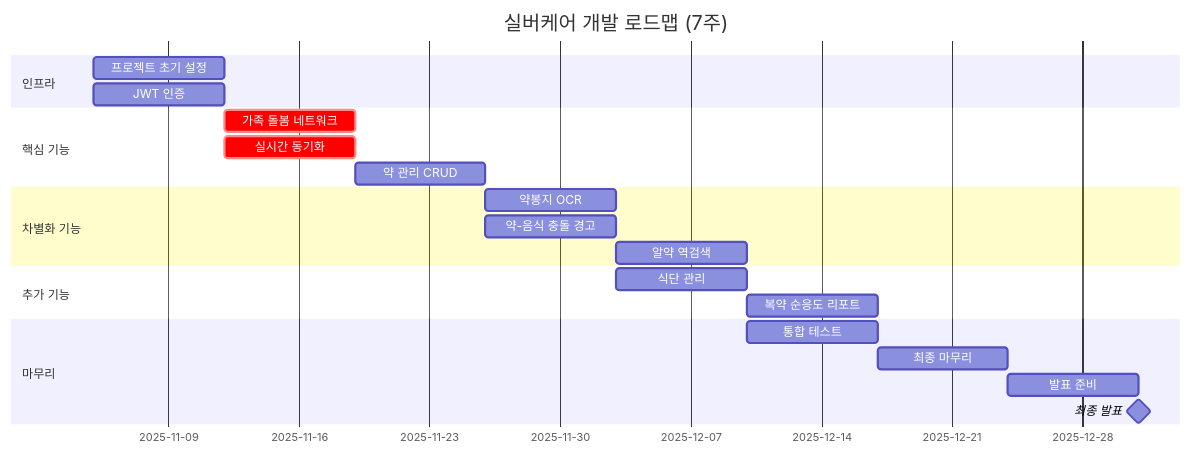
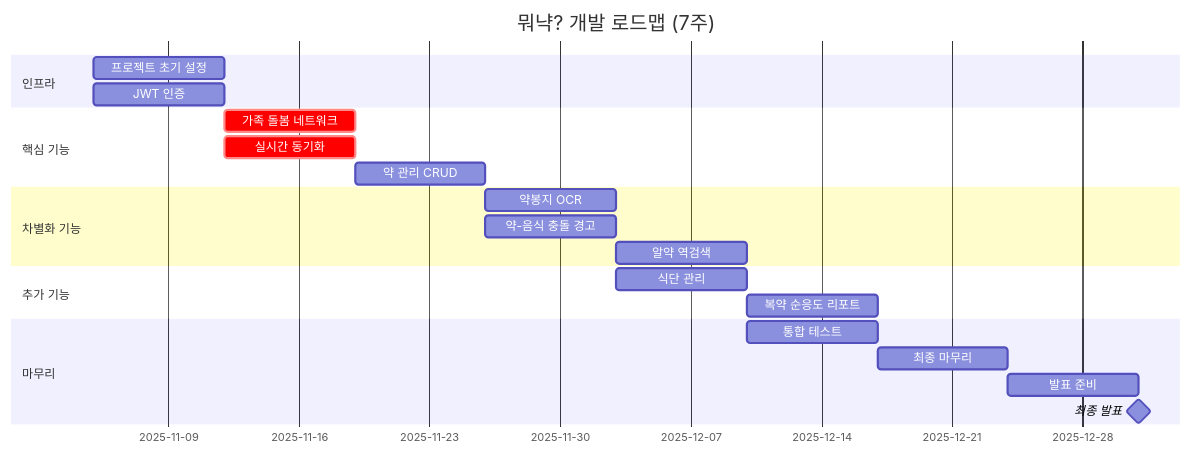
One commit to KOSA2025-FINAL-PROJECT-TEAM3/.github changed the eighth of 9 diagrams in ARCHITECTURE.md. Above: the diagram before and after it, drawn with Mermaid. The commit also changed other lines of this file and 17 other files, not shown here.

````diff
--- a/ARCHITECTURE.md
+++ b/ARCHITECTURE.md
@@ -569,28 +569,28 @@
 ```mermaid
 gantt
-    title 실버케어 개발 로드맵 (7주)
+    title 뭐냑? 개발 로드맵 (7주)
     dateFormat YYYY-MM-DD
     section 인프라
     프로젝트 초기 설정      :2025-11-05, 7d
     JWT 인증               :2025-11-05, 7d
 
     section 핵심 기능
     가족 돌봄 네트워크      :crit, 2025-11-12, 7d
     실시간 동기화          :crit, 2025-11-12, 7d
     약 관리 CRUD          :2025-11-19, 7d
 
     section 차별화 기능
     약봉지 OCR            :2025-11-26, 7d
     약-음식 충돌 경고      :2025-11-26, 7d
     알약 역검색           :2025-12-03, 7d
 
     section 추가 기능
     식단 관리             :2025-12-03, 7d
     복약 순응도 리포트     :2025-12-10, 7d
 
     section 마무리
     통합 테스트           :2025-12-10, 7d
     최종 마무리           :2025-12-17, 7d
     발표 준비             :2025-12-24, 7d
     최종 발표             :milestone, 2025-12-31, 0d
 ```
````
